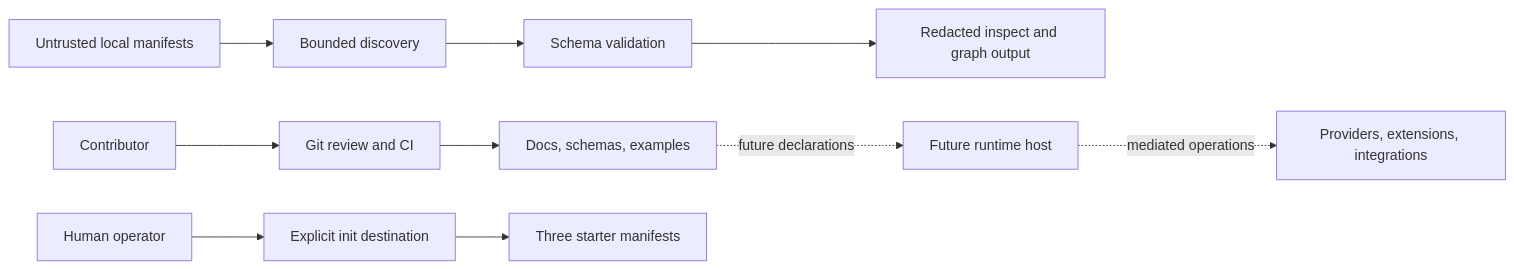
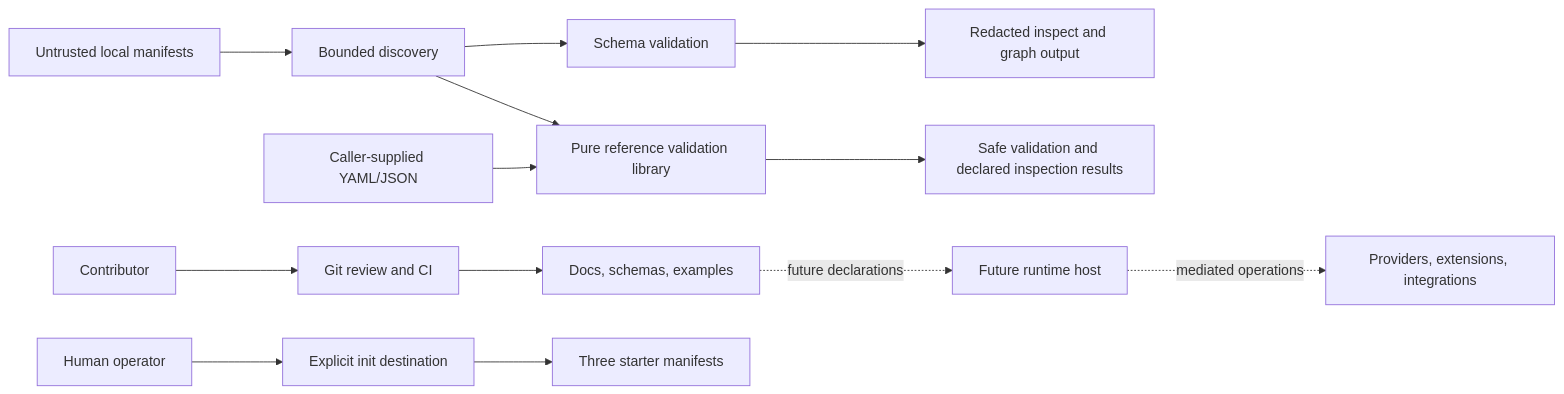
Before and after one commit to iwizy/NexFlow: the diagram in docs/threat-model.md, drawn with Mermaid. The commit also changed other lines of this file and 5 other files, not shown here.

````diff
--- a/docs/threat-model.md
+++ b/docs/threat-model.md
@@ -56,12 +74,15 @@
 ```mermaid
 flowchart LR
   C["Contributor"] --> G["Git review and CI"]
   G --> S["Docs, schemas, examples"]
   U["Untrusted local manifests"] --> D["Bounded discovery"]
   D --> V["Schema validation"]
   V --> O["Redacted inspect and graph output"]
+  D --> L["Pure reference validation library"]
+  J["Caller-supplied YAML/JSON"] --> L
+  L --> P["Safe validation and declared inspection results"]
   H["Human operator"] --> I["Explicit init destination"]
   I --> F["Three starter manifests"]
   S -. "future declarations" .-> R["Future runtime host"]
   R -. "mediated operations" .-> E["Providers, extensions, integrations"]
 ```
````
